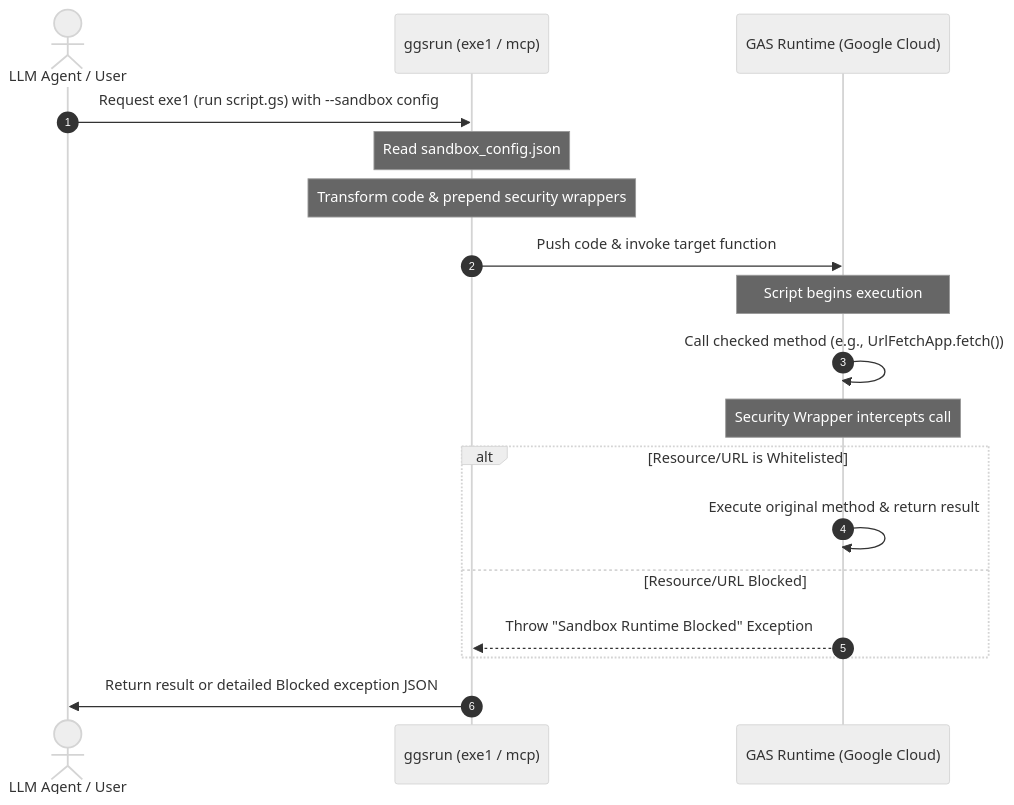
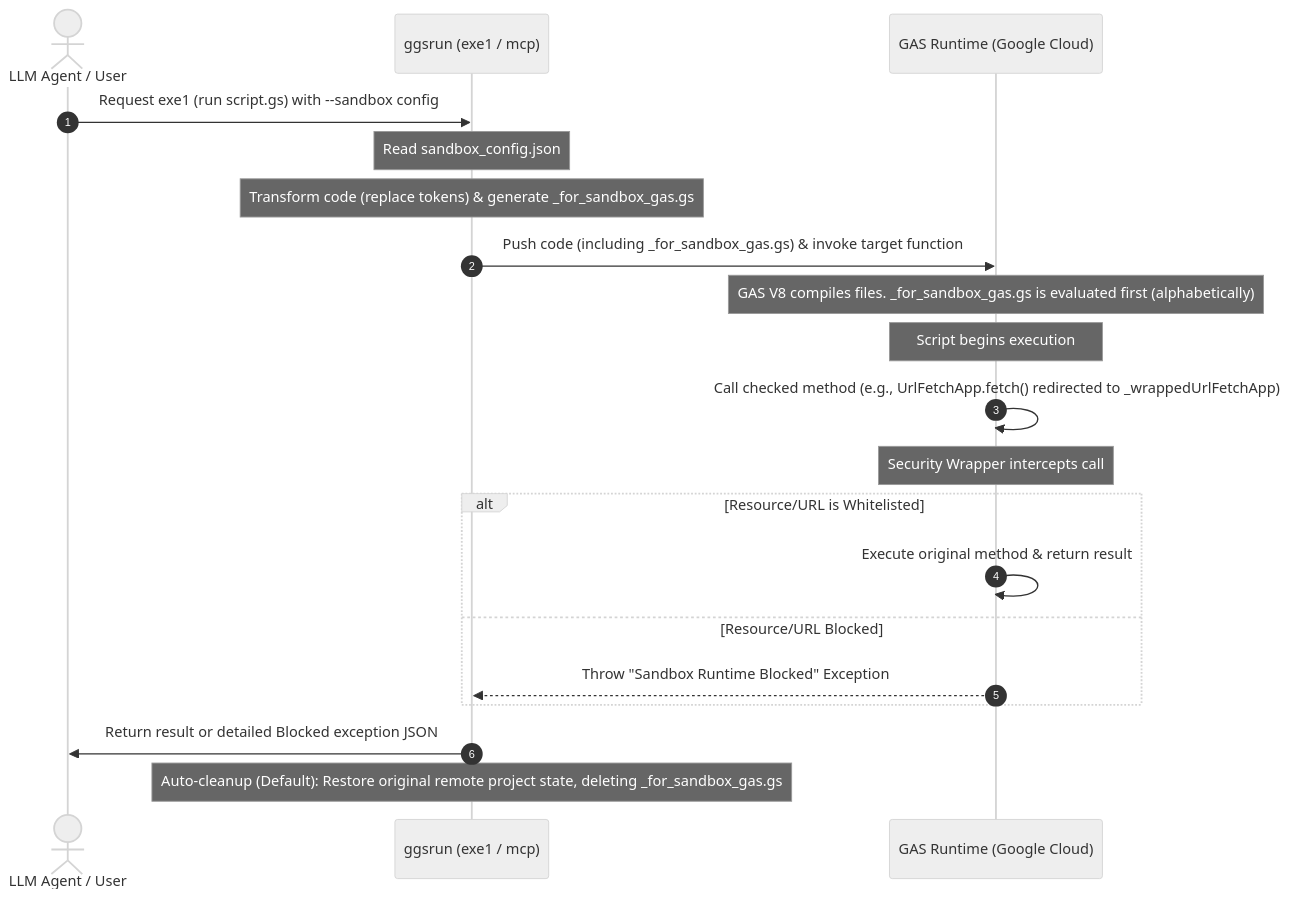
The diagram in docs/sandbox_guide.md (tanaikech/ggsrun), drawn with Mermaid (neutral theme) before and after one commit. The commit also changed other lines of this file and 18 other files, not shown here.

Commit message:
release: v5.3.10 - separate-file sandbox architecture, default cleanup, and MCP security hardening

````diff
--- a/docs/sandbox_guide.md
+++ b/docs/sandbox_guide.md
@@ -48,21 +48,23 @@
 ```mermaid
 sequenceDiagram
     autonumber
     actor Agent as LLM Agent / User
     participant Ggsrun as ggsrun (exe1 / mcp)
     participant GAS as GAS Runtime (Google Cloud)
 
     Agent->>Ggsrun: Request exe1 (run script.gs) with --sandbox config
     Note over Ggsrun: Read sandbox_config.json
-    Note over Ggsrun: Transform code & prepend security wrappers
-    Ggsrun->>GAS: Push code & invoke target function
+    Note over Ggsrun: Transform code (replace tokens) & generate _for_sandbox_gas.gs
+    Ggsrun->>GAS: Push code (including _for_sandbox_gas.gs) & invoke target function
+    Note over GAS: GAS V8 compiles files. _for_sandbox_gas.gs is evaluated first (alphabetically)
     Note over GAS: Script begins execution
-    GAS->>GAS: Call checked method (e.g., UrlFetchApp.fetch())
+    GAS->>GAS: Call checked method (e.g., UrlFetchApp.fetch() redirected to _wrappedUrlFetchApp)
     Note over GAS: Security Wrapper intercepts call
     alt Resource/URL is Whitelisted
         GAS->>GAS: Execute original method & return result
     else Resource/URL Blocked
         GAS-->>Ggsrun: Throw "Sandbox Runtime Blocked" Exception
     end
     Ggsrun->>Agent: Return result or detailed Blocked exception JSON
+    Note over Ggsrun: Auto-cleanup (Default): Restore original remote project state, deleting _for_sandbox_gas.gs
 ```
````
